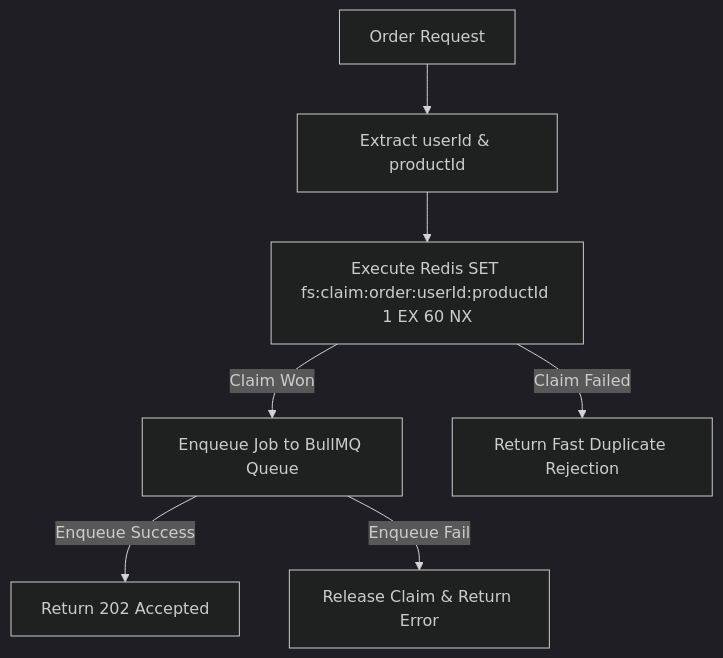
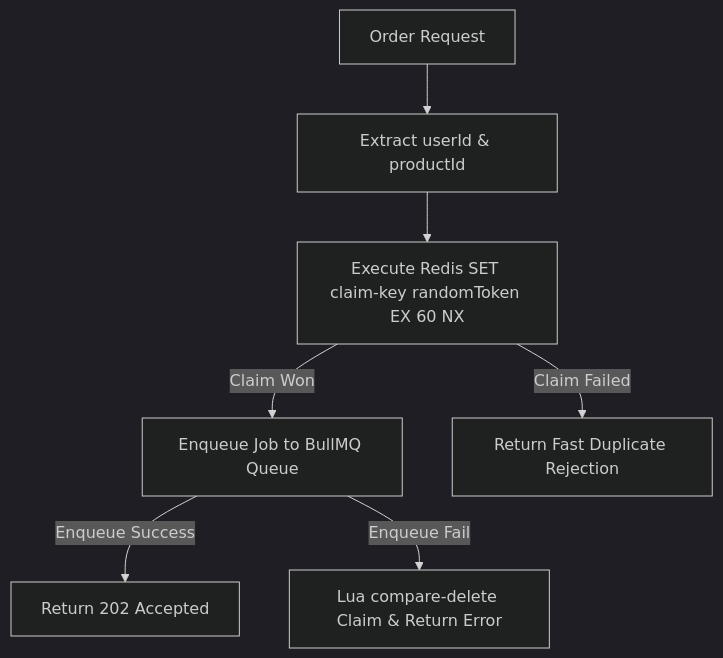
Before and after one commit to sanpipop/FlashSaleSystem: the diagram in .agent/skills/redis-cache-and-dedup/SKILL.md, drawn with Mermaid (dark theme). The commit also changed other lines of this file and 41 other files, not shown here.

First line of the commit message:
docs: refine flash sale architecture and implementation guidelines

````diff
--- a/.agent/skills/redis-cache-and-dedup/SKILL.md
+++ b/.agent/skills/redis-cache-and-dedup/SKILL.md
@@ -73,9 +75,9 @@
 ```mermaid
 graph TD
     A[Order Request] --> B[Extract userId & productId]
-    B --> C[Execute Redis SET fs:claim:order:userId:productId 1 EX 60 NX]
+    B --> C[Execute Redis SET claim-key randomToken EX 60 NX]
     C -- Claim Won --> D[Enqueue Job to BullMQ Queue]
     D -- Enqueue Success --> E[Return 202 Accepted]
-    D -- Enqueue Fail --> F[Release Claim & Return Error]
+    D -- Enqueue Fail --> F[Lua compare-delete Claim & Return Error]
     C -- Claim Failed --> G[Return Fast Duplicate Rejection]
 ```
````
